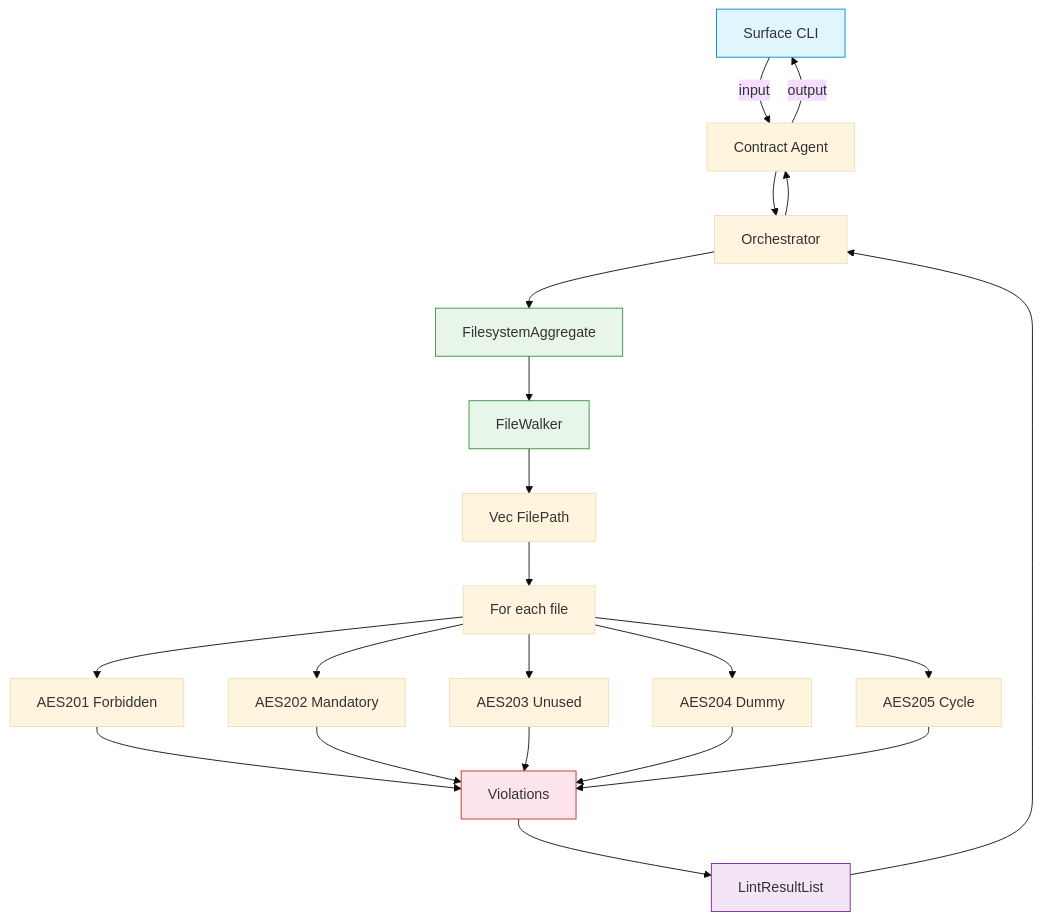
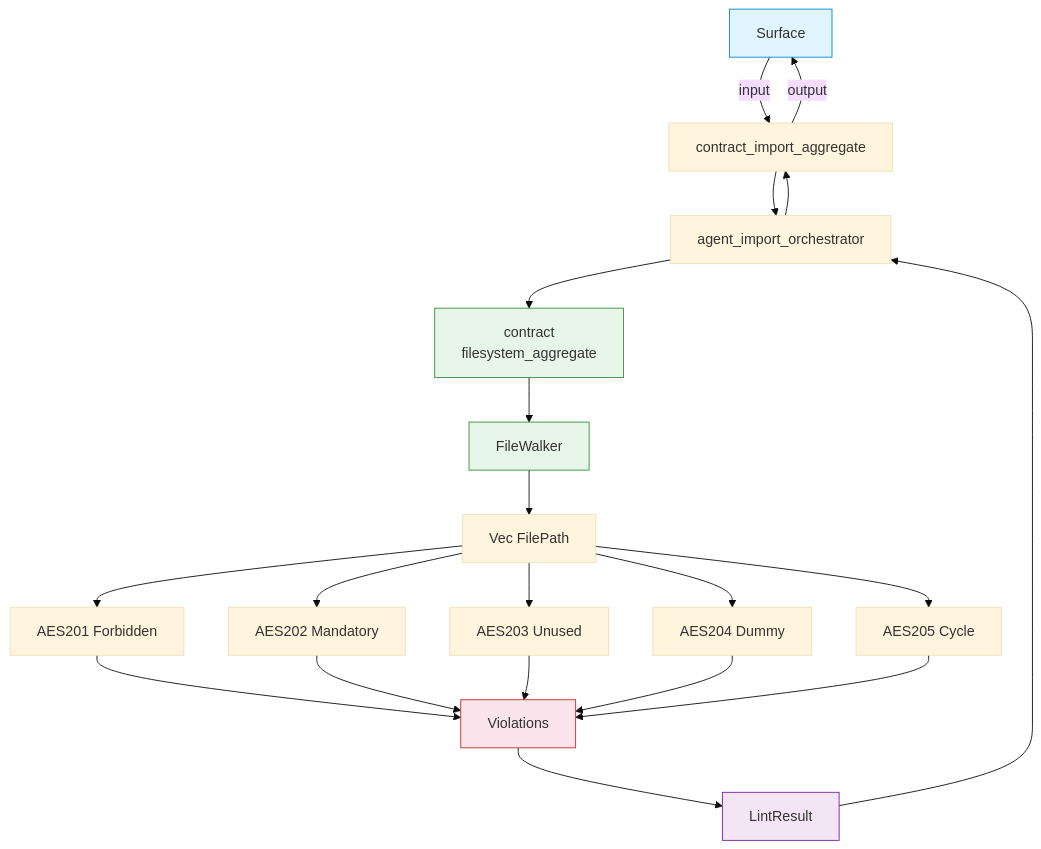
Before and after one commit to rakaarwaky/lint-arwaky: the diagram in crates/import-rules/FRD.md, drawn with Mermaid (base theme). The commit also changed other lines of this file and 4 other files, not shown here.

First line of the commit message:
docs: align all 5 FRD mermaid to naming-rules style

````diff
--- a/crates/import-rules/FRD.md
+++ b/crates/import-rules/FRD.md
@@ -9,29 +9,29 @@
 ```mermaid
 flowchart TD
-    A["Surface CLI"] -->|input| B["Contract Agent"]
-    B --> C["Orchestrator"]
-    C --> D["FilesystemAggregate"]
+    A["Surface"] -->|input| B["contract_import_aggregate"]
+    B --> C["agent_import_orchestrator"]
+    C --> D["contract
+            filesystem_aggregate"]
     D --> E["FileWalker"]
-    E --> F["Vec FilePath"]
-    F --> G["For each file"]
+    E --> G["Vec FilePath"]
     G --> H1["AES201 Forbidden"]
     G --> H2["AES202 Mandatory"]
     G --> H3["AES203 Unused"]
     G --> H4["AES204 Dummy"]
     G --> H5["AES205 Cycle"]
     H1 --> I["Violations"]
     H2 --> I
     H3 --> I
     H4 --> I
     H5 --> I
-    I --> J["LintResultList"]
+    I --> J["LintResult"]
     J --> C
     C --> B
     B -->|output| A
 
     style A fill:#e1f5fe,stroke:#0288d1
     style D fill:#e8f5e9,stroke:#388e3c
     style E fill:#e8f5e9,stroke:#388e3c
     style I fill:#fce4ec,stroke:#c62828
     style J fill:#f3e5f5,stroke:#7b1fa2
 ```
````
